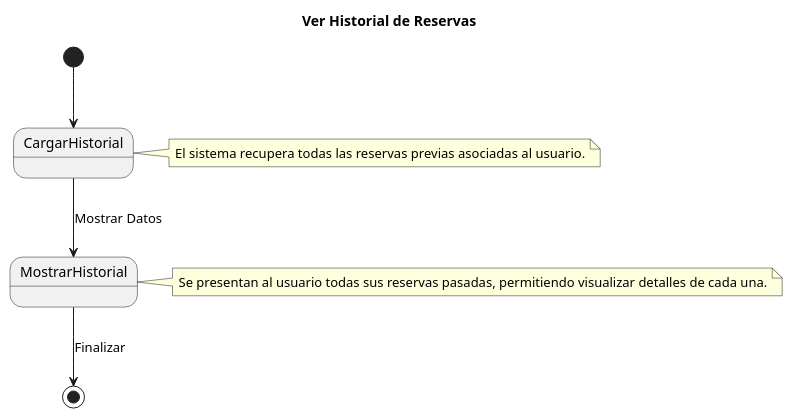
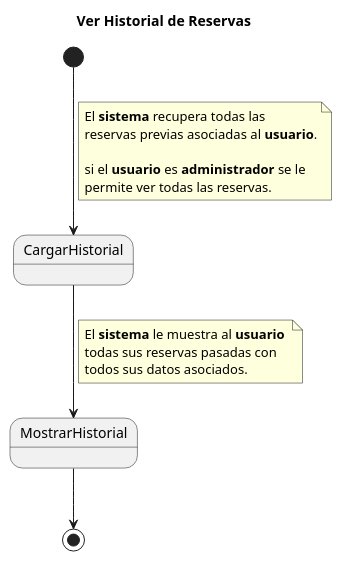
The diagram in CasosDeUso/CduDetallados/CduReserva/VerHistorialDeReservas.puml (pablarce/23-24-IdSw1-SDR), drawn with PlantUML before and after one commit. The commit also changed 1 other file, not shown here.

Commit message:
Cambios a CDU VerHistorialDeReservas

```diff
--- a/CasosDeUso/CduDetallados/CduReserva/VerHistorialDeReservas.puml
+++ b/CasosDeUso/CduDetallados/CduReserva/VerHistorialDeReservas.puml
@@ -1,16 +1,22 @@
 @startuml
 title Ver Historial de Reservas
 
 [*] --> CargarHistorial
-note right of CargarHistorial
- El sistema recupera todas las reservas previas asociadas al usuario.
+note on link
+ El **sistema** recupera todas las 
+ reservas previas asociadas al **usuario**.
+
+ si el **usuario** es **administrador** se le 
+ permite ver todas las reservas.
 end note
 
-CargarHistorial --> MostrarHistorial : Mostrar Datos
-note right of MostrarHistorial
- Se presentan al usuario todas sus reservas pasadas, permitiendo visualizar detalles de cada una.
+CargarHistorial --> MostrarHistorial
+note on link
+ El **sistema** le muestra al **usuario** 
+ todas sus reservas pasadas con 
+ todos sus datos asociados.
 end note
 
-MostrarHistorial --> [*] : Finalizar
+MostrarHistorial --> [*]
 
 @enduml
```
